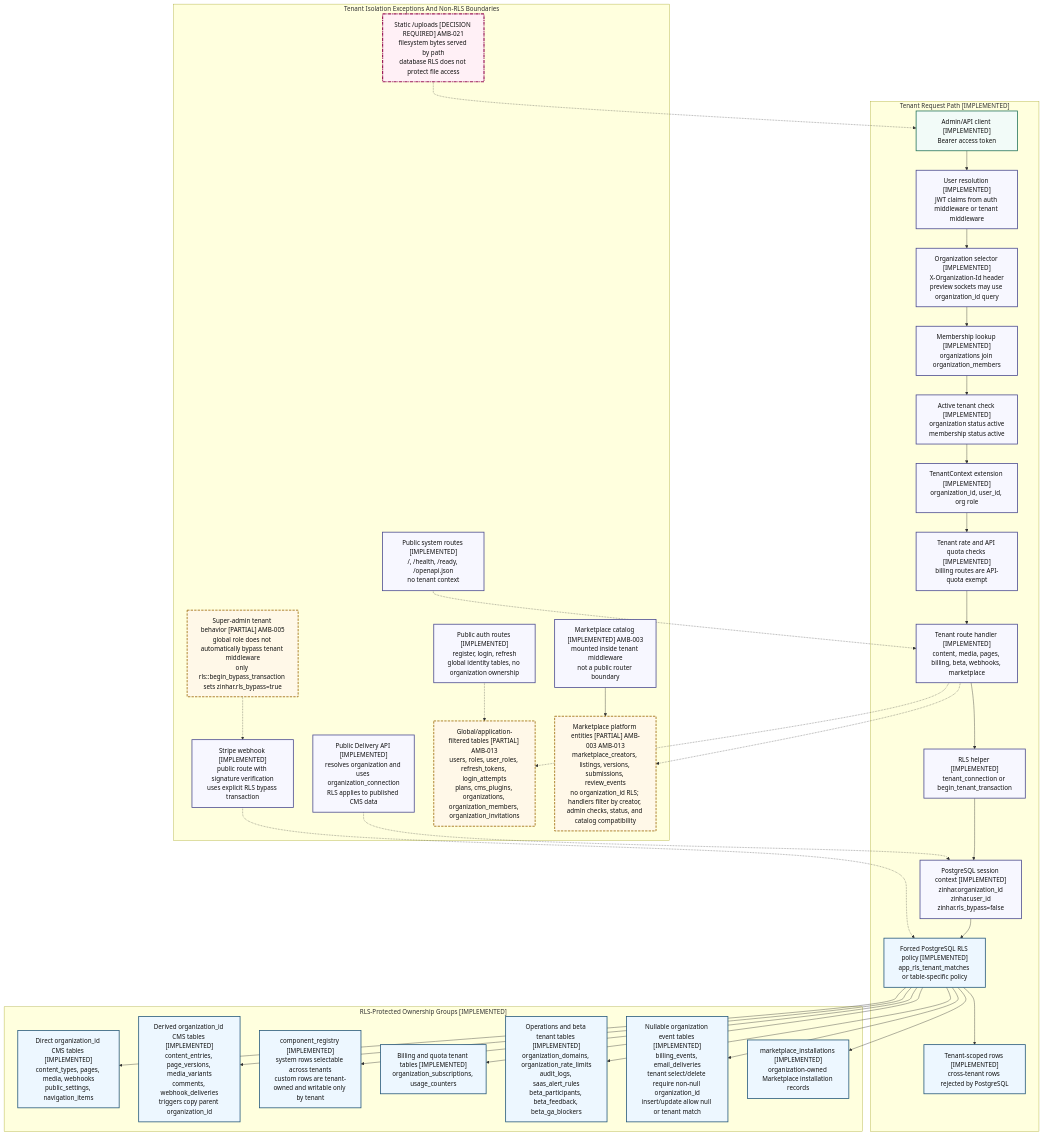
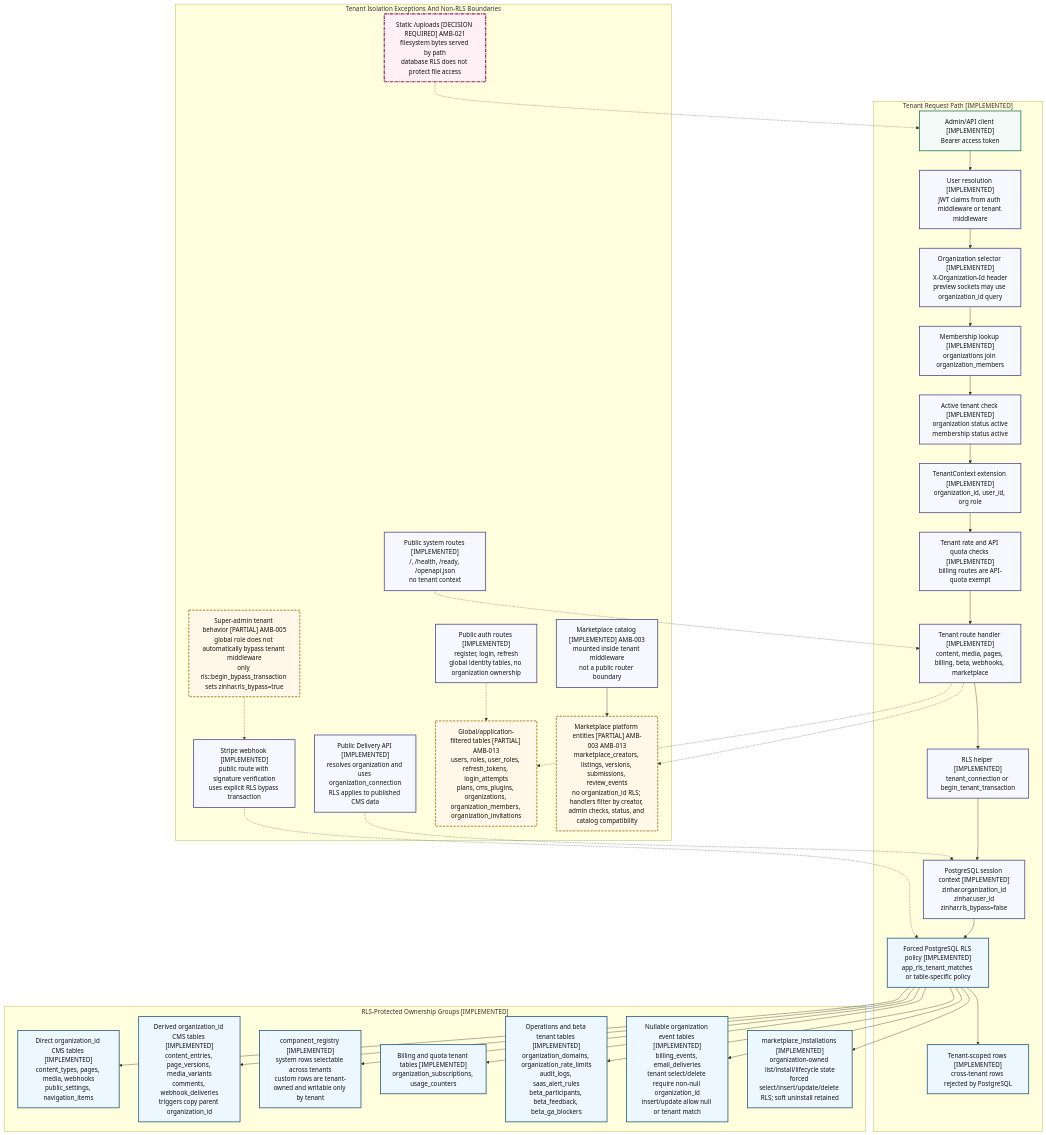
One commit to sasanzare/ZinharCMS changed the diagram in docs/diagrams/21-tenant-ownership-and-rls.mmd. Above: the diagram before and after it, drawn with Mermaid. The commit also changed 37 other files, not shown here.

First line of the commit message:
feat(marketplace): implement phase 6 installation lifecycle

```diff
--- a/docs/diagrams/21-tenant-ownership-and-rls.mmd
+++ b/docs/diagrams/21-tenant-ownership-and-rls.mmd
@@ -1,81 +1,84 @@
 flowchart TD
 %% Evidence: backend/migrations/0008_v2_phase_one_organizations.sql
 %% Evidence: backend/migrations/0009_v2_phase_three_rls.sql
 %% Evidence: backend/migrations/0010_v2_phase_five_billing_quota.sql
 %% Evidence: backend/migrations/0011_v2_phase_six_stripe_billing.sql
 %% Evidence: backend/migrations/0012_v2_phase_seven_saas_ops.sql
 %% Evidence: backend/migrations/0014_v2_phase_nine_beta_release.sql
 %% Evidence: backend/migrations/0015_v3_phase_one_marketplace_foundation.sql
+%% Evidence: backend/migrations/0019_v3_phase_six_installation_lifecycle.sql
 %% Evidence: backend/src/middleware/tenant.rs
 %% Evidence: backend/src/services/rls.rs
 %% Evidence: backend/src/routes/mod.rs
+%% Evidence: backend/src/routes/marketplace.rs
+%% Evidence: backend/src/services/marketplace_installation.rs
 
 subgraph tenant_request_path["Tenant Request Path [IMPLEMENTED]"]
   client["Admin/API client [IMPLEMENTED]<br/>Bearer access token"]
   claims["User resolution [IMPLEMENTED]<br/>JWT claims from auth middleware or tenant middleware"]
   org_header["Organization selector [IMPLEMENTED]<br/>X-Organization-Id header<br/>preview sockets may use organization_id query"]
   membership["Membership lookup [IMPLEMENTED]<br/>organizations join organization_members"]
   active_check["Active tenant check [IMPLEMENTED]<br/>organization status active<br/>membership status active"]
   tenant_context["TenantContext extension [IMPLEMENTED]<br/>organization_id, user_id, org role"]
   limiter["Tenant rate and API quota checks [IMPLEMENTED]<br/>billing routes are API-quota exempt"]
   handler["Tenant route handler [IMPLEMENTED]<br/>content, media, pages, billing, beta, webhooks, marketplace"]
   rls_service["RLS helper [IMPLEMENTED]<br/>tenant_connection or begin_tenant_transaction"]
   session_context["PostgreSQL session context [IMPLEMENTED]<br/>zinhar.organization_id<br/>zinhar.user_id<br/>zinhar.rls_bypass=false"]
   pg_policy["Forced PostgreSQL RLS policy [IMPLEMENTED]<br/>app_rls_tenant_matches or table-specific policy"]
   scoped_rows["Tenant-scoped rows [IMPLEMENTED]<br/>cross-tenant rows rejected by PostgreSQL"]
 end
 
 client --> claims --> org_header --> membership --> active_check --> tenant_context --> limiter --> handler --> rls_service --> session_context --> pg_policy --> scoped_rows
 
 subgraph rls_tables["RLS-Protected Ownership Groups [IMPLEMENTED]"]
   core_direct["Direct organization_id CMS tables [IMPLEMENTED]<br/>content_types, pages, media, webhooks<br/>public_settings, navigation_items"]
   core_derived["Derived organization_id CMS tables [IMPLEMENTED]<br/>content_entries, page_versions, media_variants<br/>comments, webhook_deliveries<br/>triggers copy parent organization_id"]
   components["component_registry [IMPLEMENTED]<br/>system rows selectable across tenants<br/>custom rows are tenant-owned and writable only by tenant"]
   billing_quota["Billing and quota tenant tables [IMPLEMENTED]<br/>organization_subscriptions, usage_counters"]
   ops_beta["Operations and beta tenant tables [IMPLEMENTED]<br/>organization_domains, organization_rate_limits<br/>audit_logs, saas_alert_rules<br/>beta_participants, beta_feedback, beta_ga_blockers"]
   nullable_org["Nullable organization event tables [IMPLEMENTED]<br/>billing_events, email_deliveries<br/>tenant select/delete require non-null organization_id<br/>insert/update allow null or tenant match"]
-  installs["marketplace_installations [IMPLEMENTED]<br/>organization-owned Marketplace installation records"]
+  installs["marketplace_installations [IMPLEMENTED]<br/>organization-owned list/install/lifecycle state<br/>forced select/insert/update/delete RLS; soft uninstall retained"]
 end
 
 pg_policy --> core_direct
 pg_policy --> core_derived
 pg_policy --> components
 pg_policy --> billing_quota
 pg_policy --> ops_beta
 pg_policy --> nullable_org
 pg_policy --> installs
 
 subgraph rls_exceptions["Tenant Isolation Exceptions And Non-RLS Boundaries"]
   public_system["Public system routes [IMPLEMENTED]<br/>/, /health, /ready, /openapi.json<br/>no tenant context"]
   public_auth["Public auth routes [IMPLEMENTED]<br/>register, login, refresh<br/>global identity tables, no organization ownership"]
   delivery["Public Delivery API [IMPLEMENTED]<br/>resolves organization and uses organization_connection<br/>RLS applies to published CMS data"]
   stripe_webhook["Stripe webhook [IMPLEMENTED]<br/>public route with signature verification<br/>uses explicit RLS bypass transaction"]
   static_uploads["Static /uploads [DECISION REQUIRED] AMB-021<br/>filesystem bytes served by path<br/>database RLS does not protect file access"]
   global_tables["Global/application-filtered tables [PARTIAL] AMB-013<br/>users, roles, user_roles, refresh_tokens, login_attempts<br/>plans, cms_plugins, organizations, organization_members, organization_invitations"]
   marketplace_platform["Marketplace platform entities [PARTIAL] AMB-003 AMB-013<br/>marketplace_creators, listings, versions, submissions, review_events<br/>no organization_id RLS; handlers filter by creator, admin checks, status, and catalog compatibility"]
   catalog["Marketplace catalog [IMPLEMENTED] AMB-003<br/>mounted inside tenant middleware<br/>not a public router boundary"]
   super_admin["Super-admin tenant behavior [PARTIAL] AMB-005<br/>global role does not automatically bypass tenant middleware<br/>only rls::begin_bypass_transaction sets zinhar.rls_bypass=true"]
 end
 
 public_system -.-> handler
 public_auth -.-> global_tables
 delivery -.-> session_context
 stripe_webhook -.-> pg_policy
 static_uploads -.-> client
 handler -.-> global_tables
 handler -.-> marketplace_platform
 catalog --> marketplace_platform
 super_admin -.-> stripe_webhook
 
 classDef implemented fill:#e8f5ee,stroke:#17745b,stroke-width:2px,color:#111;
 classDef partial fill:#fff8e8,stroke:#9a6500,stroke-width:2px,stroke-dasharray: 6 3,color:#111;
 classDef decision fill:#fff0f6,stroke:#9b1b5a,stroke-width:3px,stroke-dasharray: 8 2 2 2,color:#111;
 classDef data fill:#edf7ff,stroke:#24577a,stroke-width:2px,color:#111;
 classDef backend fill:#f7f7ff,stroke:#4b4b8f,stroke-width:2px,color:#111;
 classDef frontend fill:#f2fbf8,stroke:#24735a,stroke-width:2px,color:#111;
 
 class client frontend;
 class claims,org_header,membership,active_check,tenant_context,limiter,handler,rls_service,session_context,public_system,public_auth,delivery,stripe_webhook,catalog,super_admin backend;
 class pg_policy,scoped_rows,core_direct,core_derived,components,billing_quota,ops_beta,nullable_org,installs,global_tables,marketplace_platform data;
 class static_uploads decision;
 class global_tables,marketplace_platform,super_admin partial;
```
